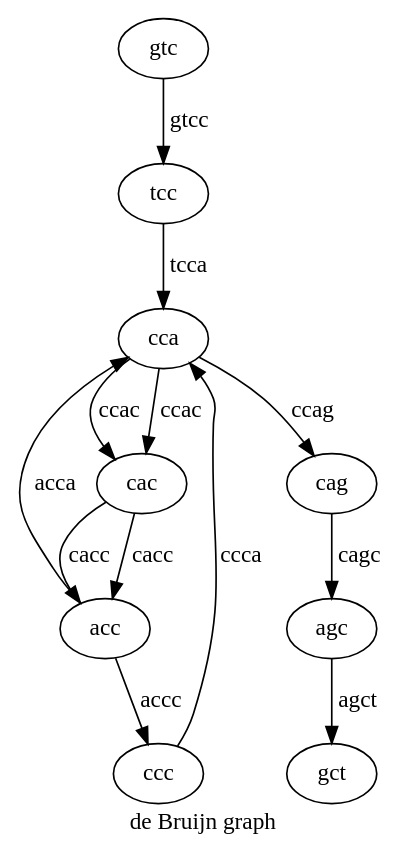
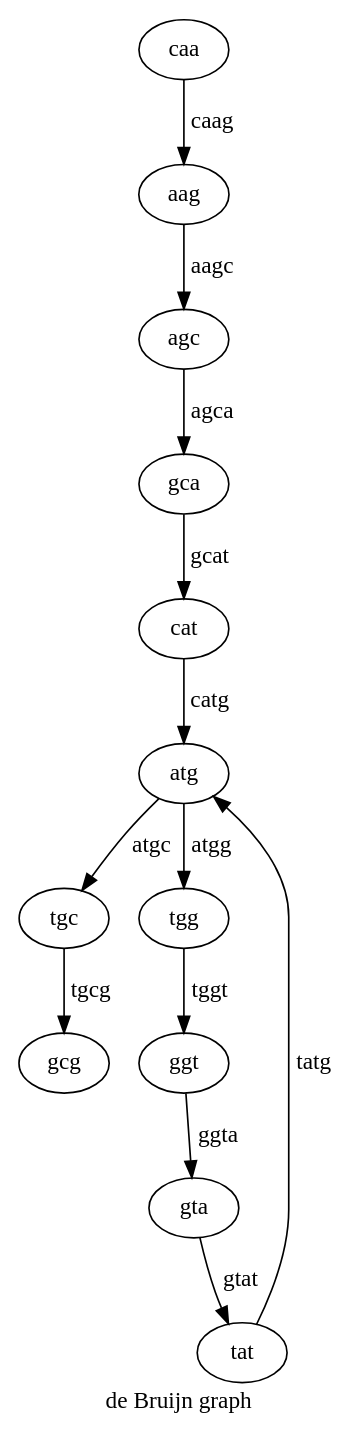
Before and after one commit to fsigs/nmsu-cs516-bioinformatics-project: the diagram in ps02/python/deBruijn.dot, drawn with Graphviz. The commit also changed 7 other files, not shown here.

```diff
--- a/ps02/python/deBruijn.dot
+++ b/ps02/python/deBruijn.dot
@@ -1,15 +1,15 @@
 digraph {
 label="de Bruijn graph"
-gtc->tcc[label=gtcc];
-tcc->cca[label=tcca];
-cac->acc[label=cacc];
-cac->acc[label=cacc];
-acc->cca[label=acca];
-acc->ccc[label=accc];
-ccc->cca[label=ccca];
-cca->cac[label=ccac];
-cca->cac[label=ccac];
-cca->cag[label=ccag];
-agc->gct[label=agct];
-cag->agc[label=cagc];
+gca->cat[label=gcat];
+cat->atg[label=catg];
+atg->tgc[label=atgc];
+atg->tgg[label=atgg];
+tgc->gcg[label=tgcg];
+tgg->ggt[label=tggt];
+aag->agc[label=aagc];
+agc->gca[label=agca];
+tat->atg[label=tatg];
+gta->tat[label=gtat];
+caa->aag[label=caag];
+ggt->gta[label=ggta];
 }
```
